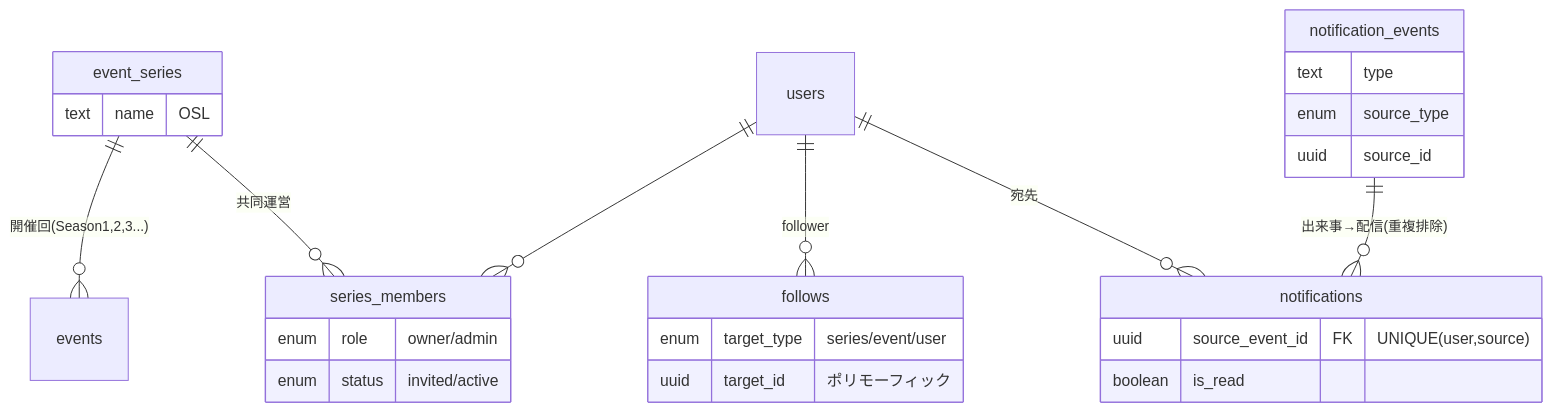
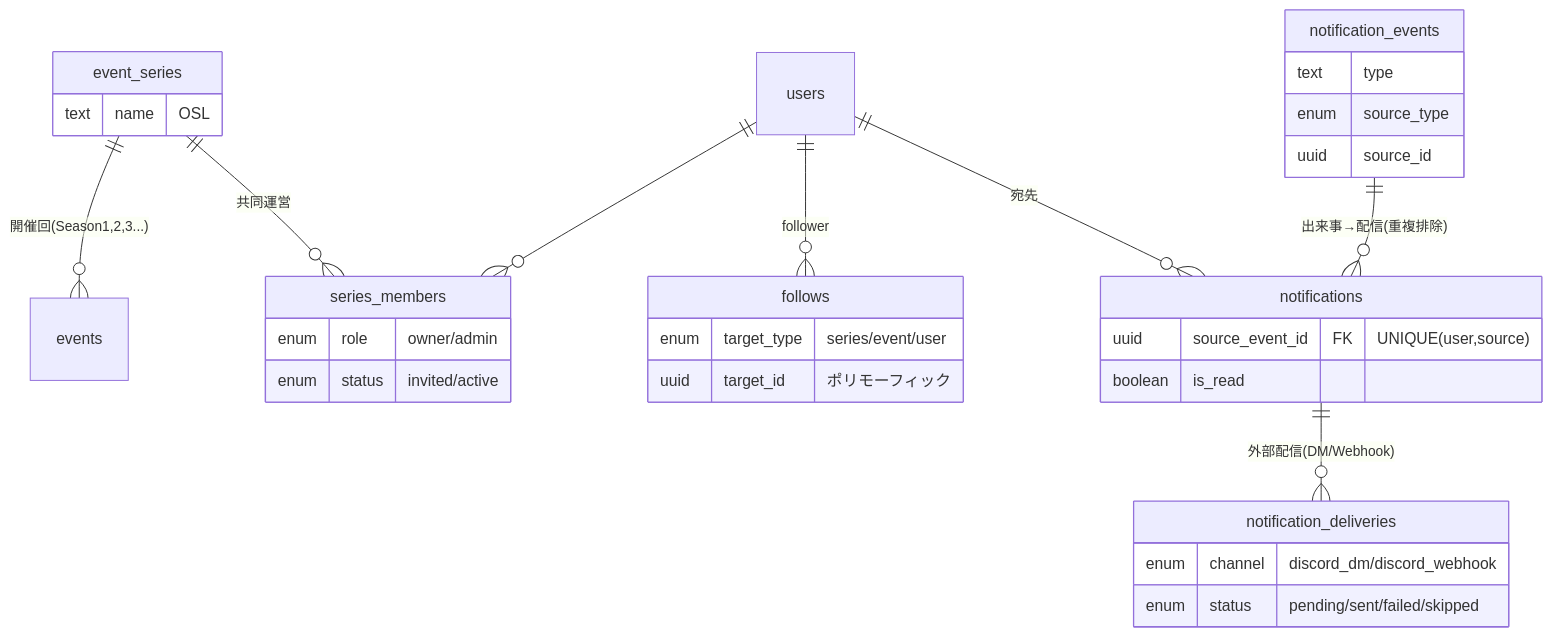
Before and after one commit to miyanoritallest-afk/GameEventBoard: the sixth of 6 diagrams in docs/ER図.md, drawn with Mermaid. The commit also changed other lines of this file and 4 other files, not shown here.

````diff
--- a/docs/ER図.md
+++ b/docs/ER図.md
@@ -408,30 +425,35 @@
 ```mermaid
 erDiagram
     event_series ||--o{ events : "開催回(Season1,2,3...)"
     event_series ||--o{ series_members : "共同運営"
     users ||--o{ series_members : ""
     users ||--o{ follows : "follower"
     notification_events ||--o{ notifications : "出来事→配信(重複排除)"
     users ||--o{ notifications : "宛先"
+    notifications ||--o{ notification_deliveries : "外部配信(DM/Webhook)"
 
     event_series {
         text name "OSL"
     }
     series_members {
         enum role "owner/admin"
         enum status "invited/active"
     }
     follows {
         enum target_type "series/event/user"
         uuid target_id "ポリモーフィック"
     }
     notification_events {
         text type
         enum source_type
         uuid source_id
     }
     notifications {
         uuid source_event_id FK "UNIQUE(user,source)"
         boolean is_read
     }
+    notification_deliveries {
+        enum channel "discord_dm/discord_webhook"
+        enum status "pending/sent/failed/skipped"
+    }
 ```
````
